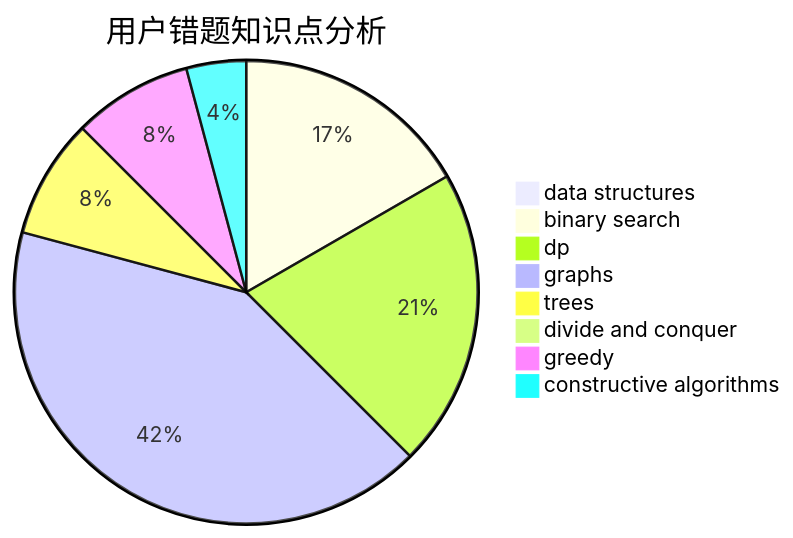
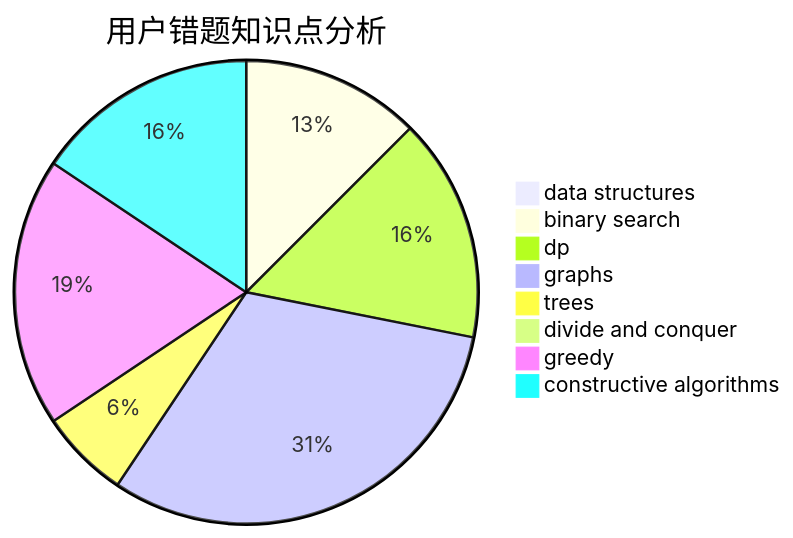
The third of 3 diagrams in docs/user/u887.md (sherpahu/cfrs.github.io), drawn with Mermaid before and after one commit. The commit also changed other lines of this file and 2770 other files, not shown here.

````diff
--- a/docs/user/u887.md
+++ b/docs/user/u887.md
@@ -36,11 +36,11 @@
 ```mermaid
 pie title 用户错题知识点分析
     "data structures" :  0
     "binary search" :  4
     "dp" :  5
     "graphs" :  10
     "trees" :  2
     "divide and conquer" :  0
-    "greedy" :  2
-    "constructive algorithms" :  1
+    "greedy" :  6
+    "constructive algorithms" :  5
 ```
````
